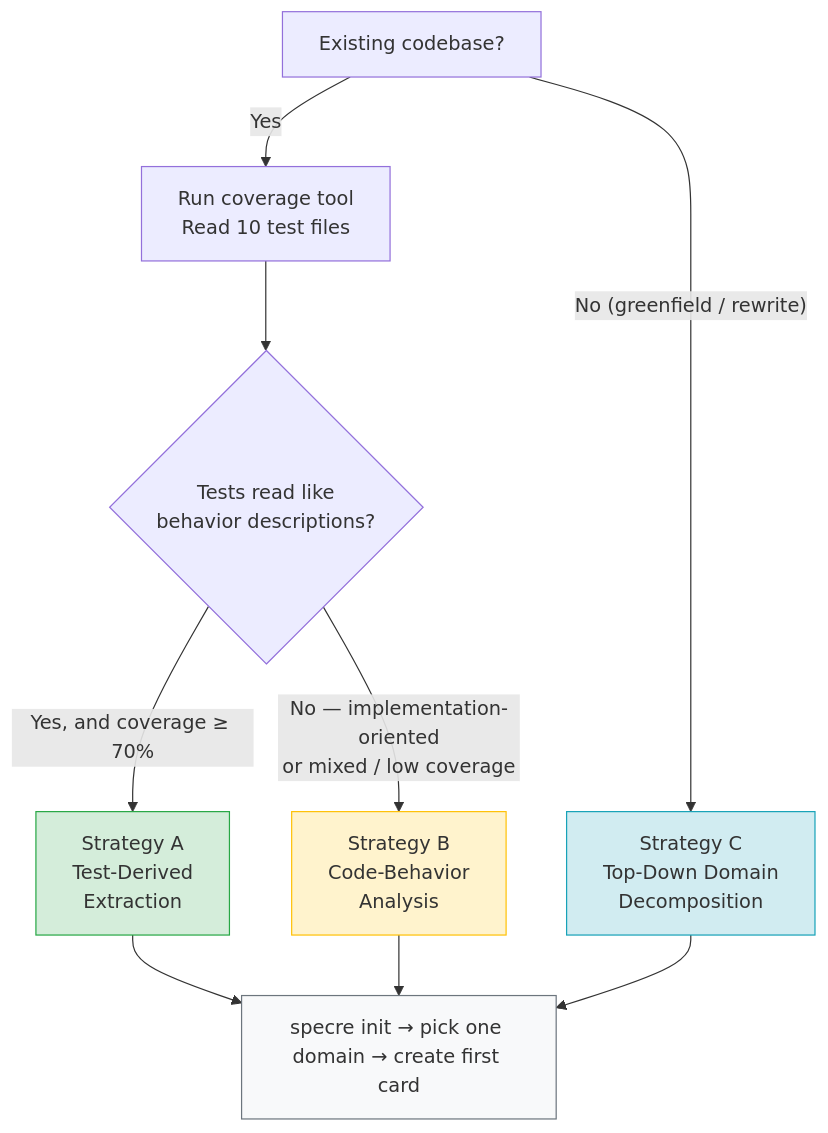
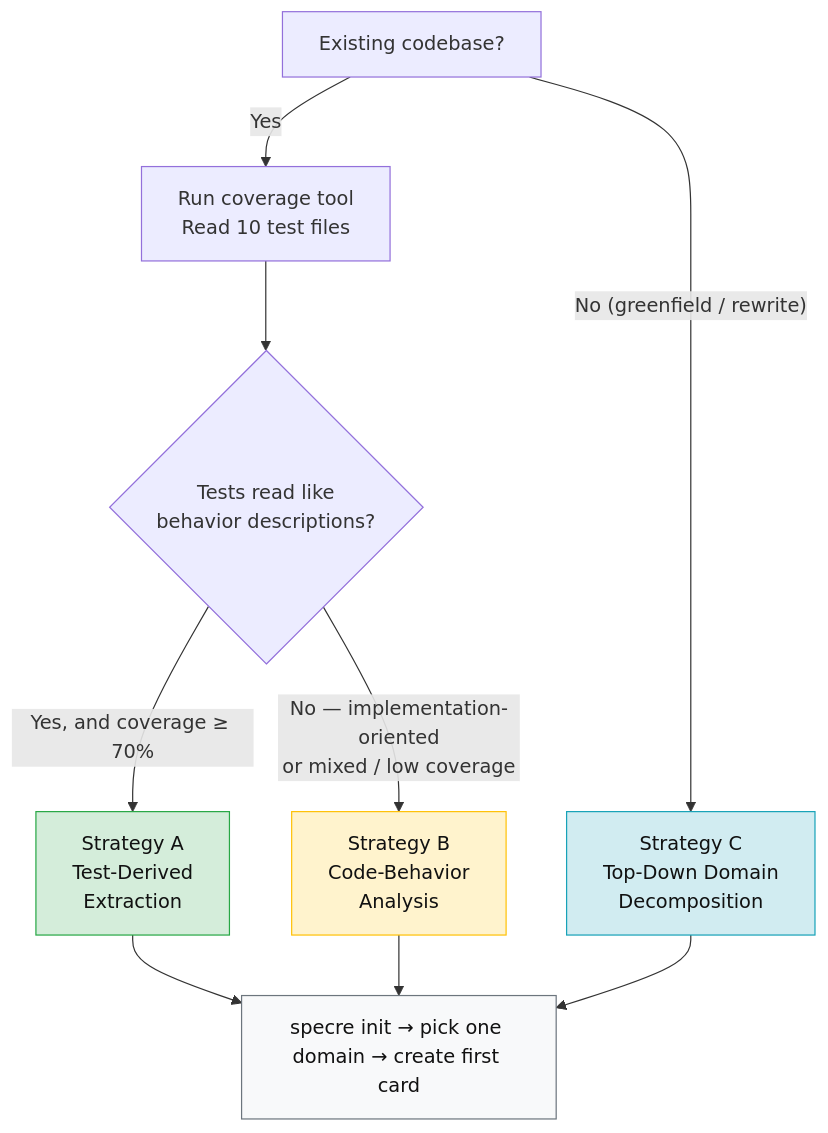
One commit to yoshiakist/specre changed the diagram in docs/guides/adoption-strategy.md. Above: the diagram before and after it, drawn with Mermaid.

Commit message:
fix: text color

````diff
--- a/docs/guides/adoption-strategy.md
+++ b/docs/guides/adoption-strategy.md
@@ -7,18 +7,18 @@
 ```mermaid
 flowchart TD
     Start["Existing codebase?"] -->|Yes| Q1["Run coverage tool<br/>Read 10 test files"]
     Start -->|"No (greenfield / rewrite)"| C["Strategy C<br/>Top-Down Domain<br/>Decomposition"]
 
     Q1 --> Q2{"Tests read like<br/>behavior descriptions?"}
     Q2 -->|"Yes, and coverage ≥ 70%"| A["Strategy A<br/>Test-Derived<br/>Extraction"]
     Q2 -->|"No — implementation-oriented<br/>or mixed / low coverage"| B["Strategy B<br/>Code-Behavior<br/>Analysis"]
 
     A --> Go["specre init → pick one domain → create first card"]
     B --> Go
     C --> Go
 
-    style A fill:#d4edda,stroke:#28a745,primaryTextColor:#111
-    style B fill:#fff3cd,stroke:#ffc107,primaryTextColor:#111
-    style C fill:#d1ecf1,stroke:#17a2b8,primaryTextColor:#111
-    style Go fill:#f8f9fa,stroke:#6c757d,primaryTextColor:#111
+    style A fill:#d4edda,stroke:#28a745,color:#111
+    style B fill:#fff3cd,stroke:#ffc107,color:#111
+    style C fill:#d1ecf1,stroke:#17a2b8,color:#111
+    style Go fill:#f8f9fa,stroke:#6c757d,color:#111
 ```
````
